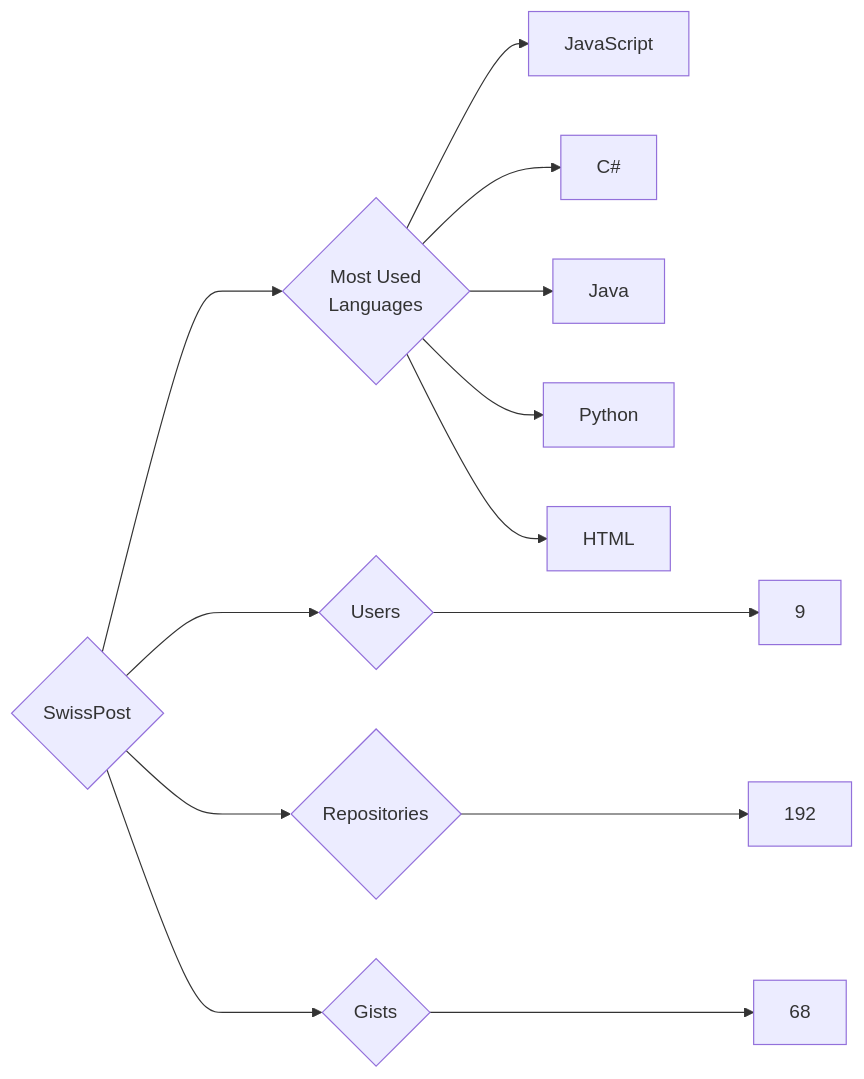
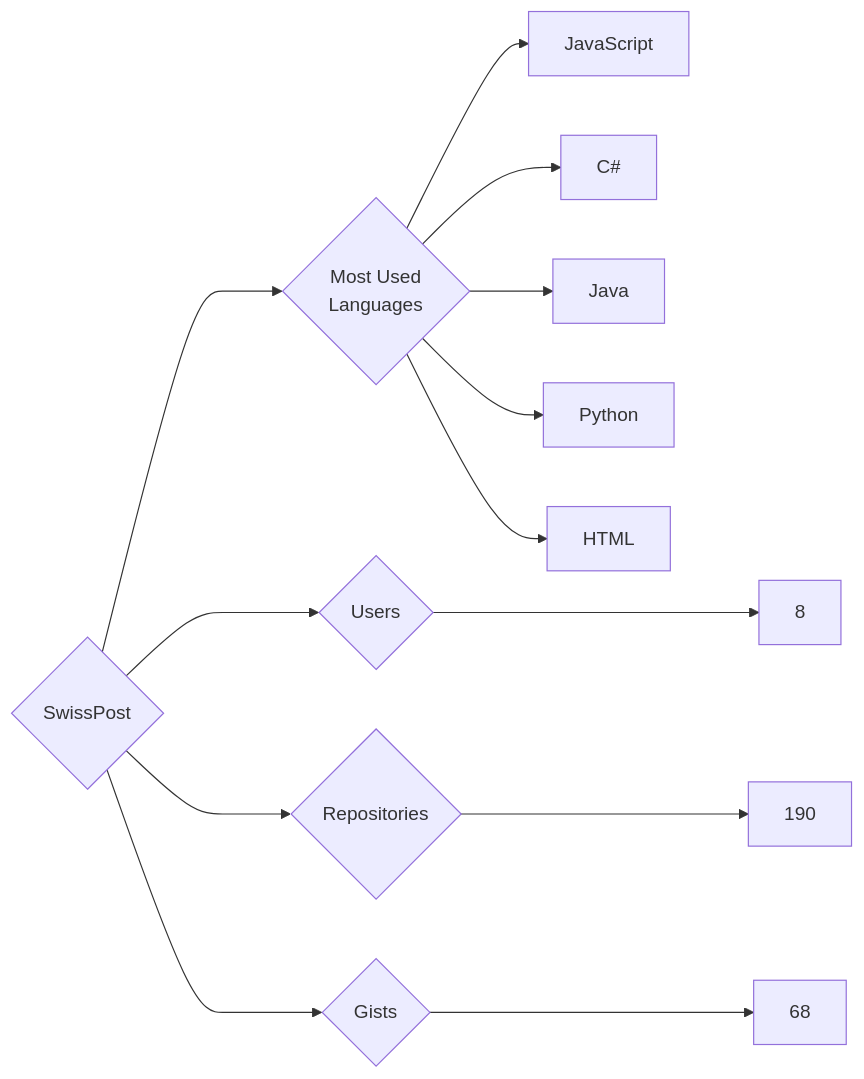
The diagram in targets/SwissPost/README.md (trickest/insiders), drawn with Mermaid before and after one commit. The commit also changed 903 other files, not shown here.

````diff
--- a/targets/SwissPost/README.md
+++ b/targets/SwissPost/README.md
@@ -3,13 +3,13 @@
 ```mermaid
 graph LR
 COMPANY_NAME{SwissPost}
-COMPANY_NAME ---> U{Users} ---> UN[9]
-COMPANY_NAME ---> R{Repositories} ---> RN[192]
+COMPANY_NAME ---> U{Users} ---> UN[8]
+COMPANY_NAME ---> R{Repositories} ---> RN[190]
 COMPANY_NAME ---> G{Gists} ---> GN[68]
 COMPANY_NAME ---> ML{Most Used<br>Languages}
 ML --> JavaScript[JavaScript]
 ML --> C#[C#]
 ML --> Java[Java]
 ML --> Python[Python]
 ML --> HTML[HTML]
 ```
````
